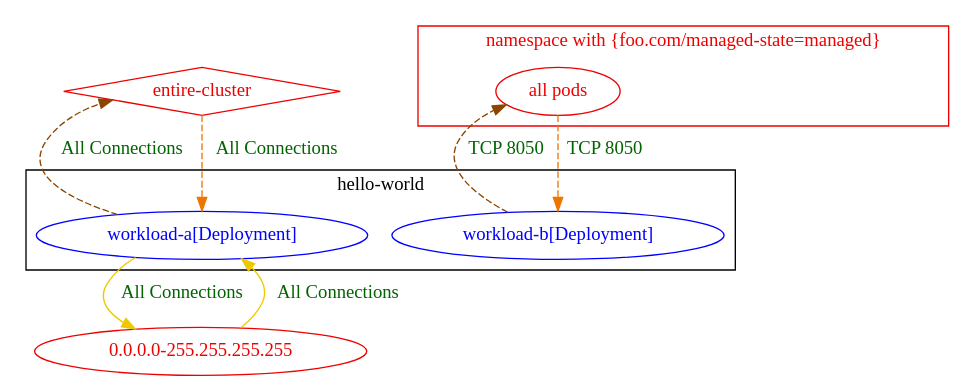
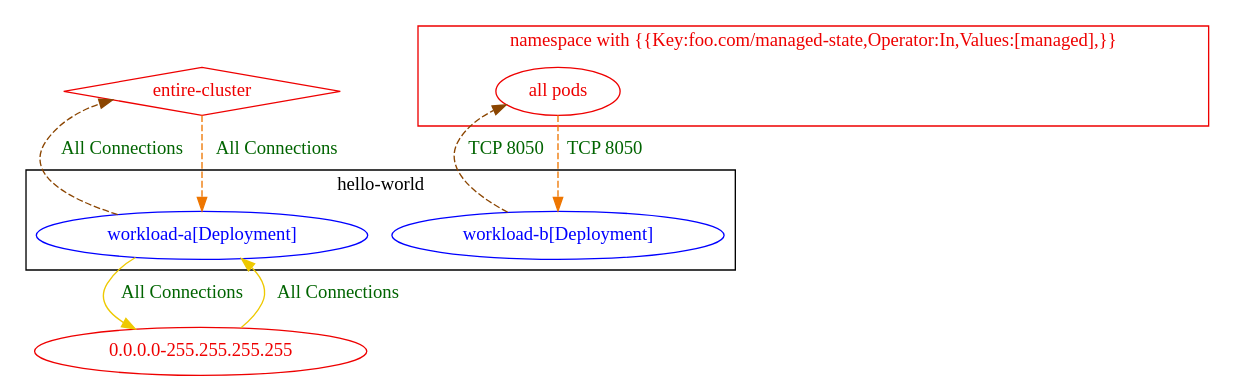
One commit to np-guard/netpol-analyzer changed the diagram in test_outputs/connlist/exposure_test_pod_exposed_only_to_representative_peers_connlist_output.dot. Above: the diagram before and after it, drawn with Graphviz. The commit also changed 124 other files, not shown here.

```diff
--- a/test_outputs/connlist/exposure_test_pod_exposed_only_to_representative_peers_connlist_output.dot
+++ b/test_outputs/connlist/exposure_test_pod_exposed_only_to_representative_peers_connlist_output.dot
@@ -1,23 +1,23 @@
 digraph {
 	subgraph "cluster_hello_world" {
 		color="black"
 		fontcolor="black"
 		"hello-world/workload-a[Deployment]" [label="workload-a[Deployment]" color="blue" fontcolor="blue"]
 		"hello-world/workload-b[Deployment]" [label="workload-b[Deployment]" color="blue" fontcolor="blue"]
 		label="hello-world"
 	}
-	subgraph "cluster_namespace with {foo.com/managed_state=managed}" {
+	subgraph "cluster_namespace with {{Key:foo.com/managed_state,Operator:In,Values:[managed],}}" {
 		color="red2"
 		fontcolor="red2"
-		"all pods_in_namespace with {foo.com/managed-state=managed}" [label="all pods" color="red2" fontcolor="red2"]
-		label="namespace with {foo.com/managed-state=managed}"
+		"all pods_in_namespace with {{Key:foo.com/managed-state,Operator:In,Values:[managed],}}" [label="all pods" color="red2" fontcolor="red2"]
+		label="namespace with {{Key:foo.com/managed-state,Operator:In,Values:[managed],}}"
 	}
 	"0.0.0.0-255.255.255.255" [label="0.0.0.0-255.255.255.255" color="red2" fontcolor="red2"]
 	"entire-cluster" [label="entire-cluster" color="red2" fontcolor="red2" shape=diamond]
 	"0.0.0.0-255.255.255.255" -> "hello-world/workload-a[Deployment]" [label="All Connections" color="gold2" fontcolor="darkgreen"]
-	"all pods_in_namespace with {foo.com/managed-state=managed}" -> "hello-world/workload-b[Deployment]" [label="TCP 8050" color="darkorange2" fontcolor="darkgreen" weight=1 style=dashed]
+	"all pods_in_namespace with {{Key:foo.com/managed-state,Operator:In,Values:[managed],}}" -> "hello-world/workload-b[Deployment]" [label="TCP 8050" color="darkorange2" fontcolor="darkgreen" weight=1 style=dashed]
 	"entire-cluster" -> "hello-world/workload-a[Deployment]" [label="All Connections" color="darkorange2" fontcolor="darkgreen" weight=1 style=dashed]
 	"hello-world/workload-a[Deployment]" -> "0.0.0.0-255.255.255.255" [label="All Connections" color="gold2" fontcolor="darkgreen"]
 	"hello-world/workload-a[Deployment]" -> "entire-cluster" [label="All Connections" color="darkorange4" fontcolor="darkgreen" weight=0.5 style=dashed]
-	"hello-world/workload-b[Deployment]" -> "all pods_in_namespace with {foo.com/managed-state=managed}" [label="TCP 8050" color="darkorange4" fontcolor="darkgreen" weight=0.5 style=dashed]
+	"hello-world/workload-b[Deployment]" -> "all pods_in_namespace with {{Key:foo.com/managed-state,Operator:In,Values:[managed],}}" [label="TCP 8050" color="darkorange4" fontcolor="darkgreen" weight=0.5 style=dashed]
 }
```
